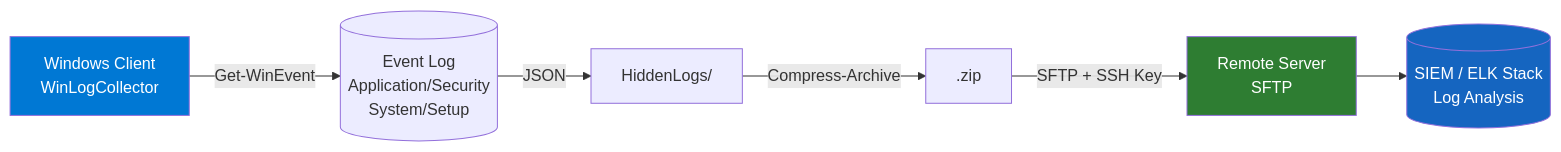
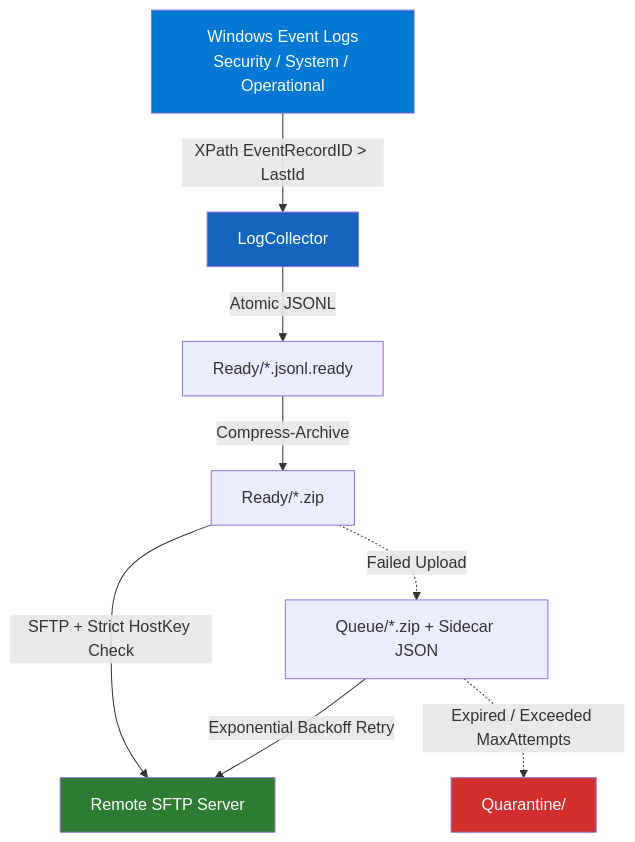
The diagram in README.md (pthanhbinh1654/winlogcollector), drawn with Mermaid before and after one commit. The commit also changed other lines of this file, not shown here.

Commit message:
docs: Update README.md for v0.3.1 architecture, config schema, and Pester tests

````diff
--- a/README.md
+++ b/README.md
@@ -23,12 +26,15 @@
 ```mermaid
-flowchart LR
-    A[Windows Client\nWinLogCollector] -->|Get-WinEvent| B[(Event Log\nApplication/Security\nSystem/Setup)]
-    B -->|JSON| C[HiddenLogs/]
-    C -->|Compress-Archive| D[.zip]
-    D -->|SFTP + SSH Key| E[Remote Server\nSFTP]
-    E --> F[(SIEM / ELK Stack\nLog Analysis)]
+flowchart TD
+    A[Windows Event Logs\nSecurity / System / Operational] -->|XPath EventRecordID > LastId| B[LogCollector]
+    B -->|Atomic JSONL| C[Ready/*.jsonl.ready]
+    C -->|Compress-Archive| D[Ready/*.zip]
+    D -->|SFTP + Strict HostKey Check| E[Remote SFTP Server]
+    D -.->|Failed Upload| F[Queue/*.zip + Sidecar JSON]
+    F -->|Exponential Backoff Retry| E
+    F -.->|Expired / Exceeded MaxAttempts| G[Quarantine/]
 
     style A fill:#0078D4,color:#fff
+    style B fill:#1565c0,color:#fff
     style E fill:#2e7d32,color:#fff
-    style F fill:#1565c0,color:#fff
+    style G fill:#d32f2f,color:#fff
 ```
````
